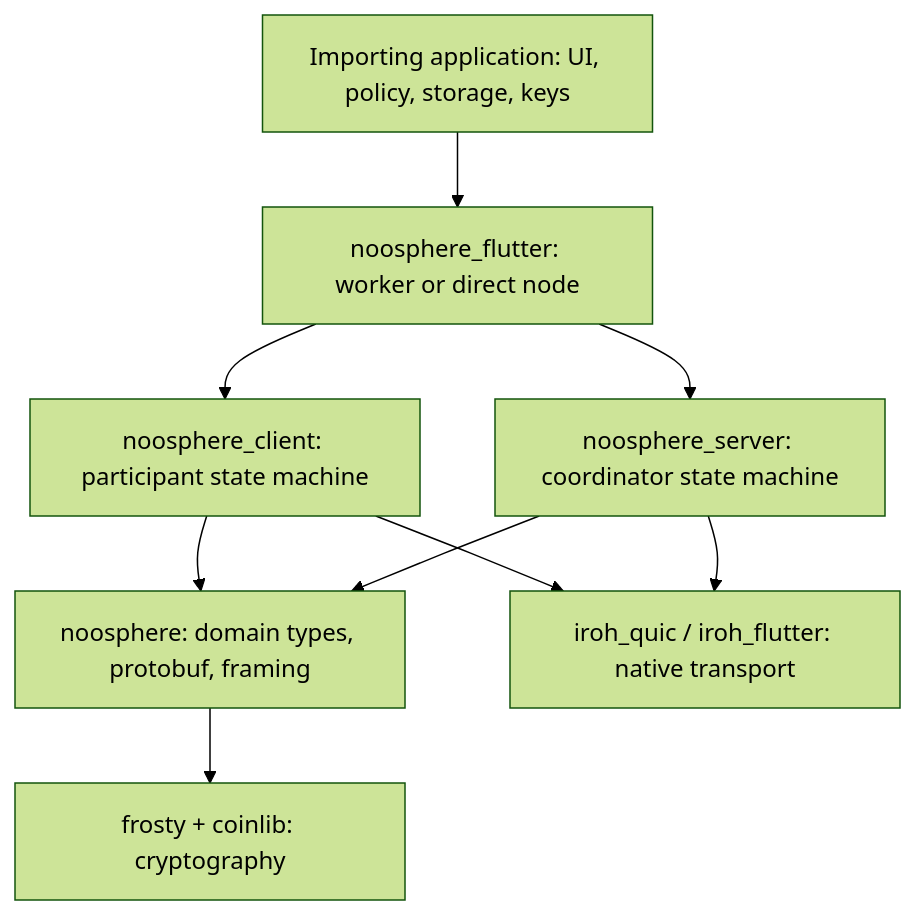
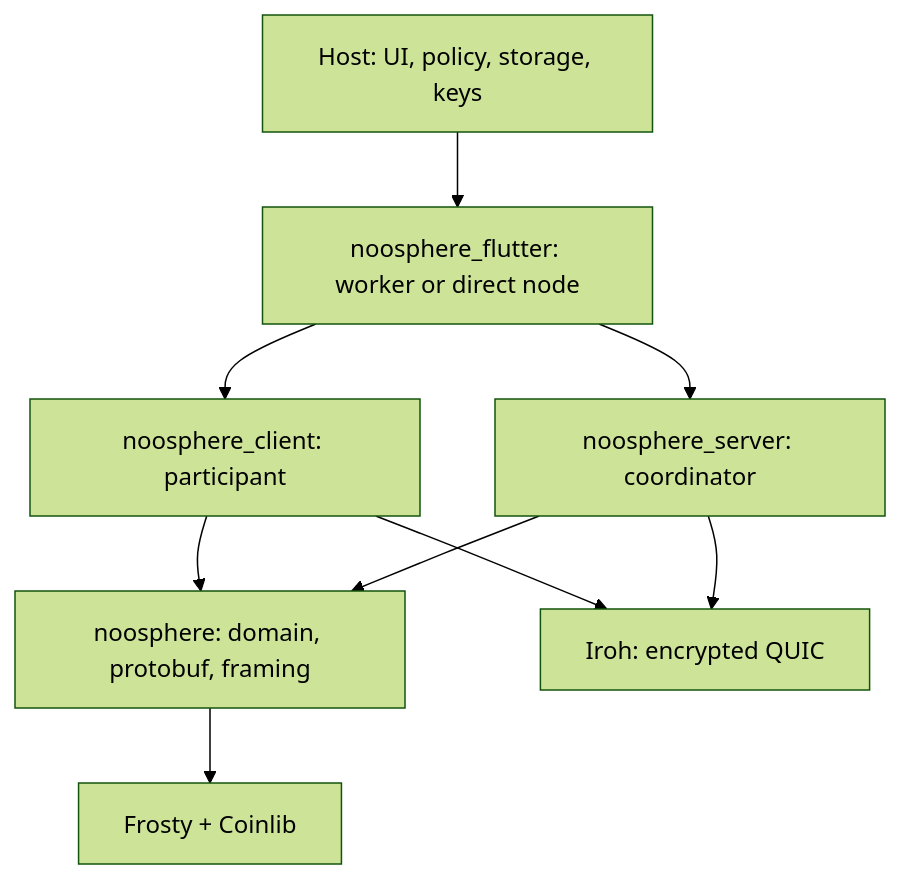
The diagram in architecture.md (peerchemist/noosphere), drawn with Mermaid (forest theme) before and after one commit. The commit also changed other lines of this file and 14 other files, not shown here.

Commit message:
Condense architecture documentation

````diff
--- a/architecture.md
+++ b/architecture.md
@@ -48,18 +20,18 @@
 ```mermaid
 flowchart TB
-    App["Importing application: UI, policy, storage, keys"]
+    App["Host: UI, policy, storage, keys"]
     Flutter["noosphere_flutter: worker or direct node"]
-    Client["noosphere_client: participant state machine"]
-    Server["noosphere_server: coordinator state machine"]
-    Shared["noosphere: domain types, protobuf, framing"]
-    Native["iroh_quic / iroh_flutter: native transport"]
-    Crypto["frosty + coinlib: cryptography"]
+    Client["noosphere_client: participant"]
+    Server["noosphere_server: coordinator"]
+    Shared["noosphere: domain, protobuf, framing"]
+    Iroh["Iroh: encrypted QUIC"]
+    Crypto["Frosty + Coinlib"]
     App --> Flutter
     Flutter --> Client
     Flutter --> Server
     Client --> Shared
     Server --> Shared
-    Client --> Native
-    Server --> Native
+    Client --> Iroh
+    Server --> Iroh
     Shared --> Crypto
 ```
````
